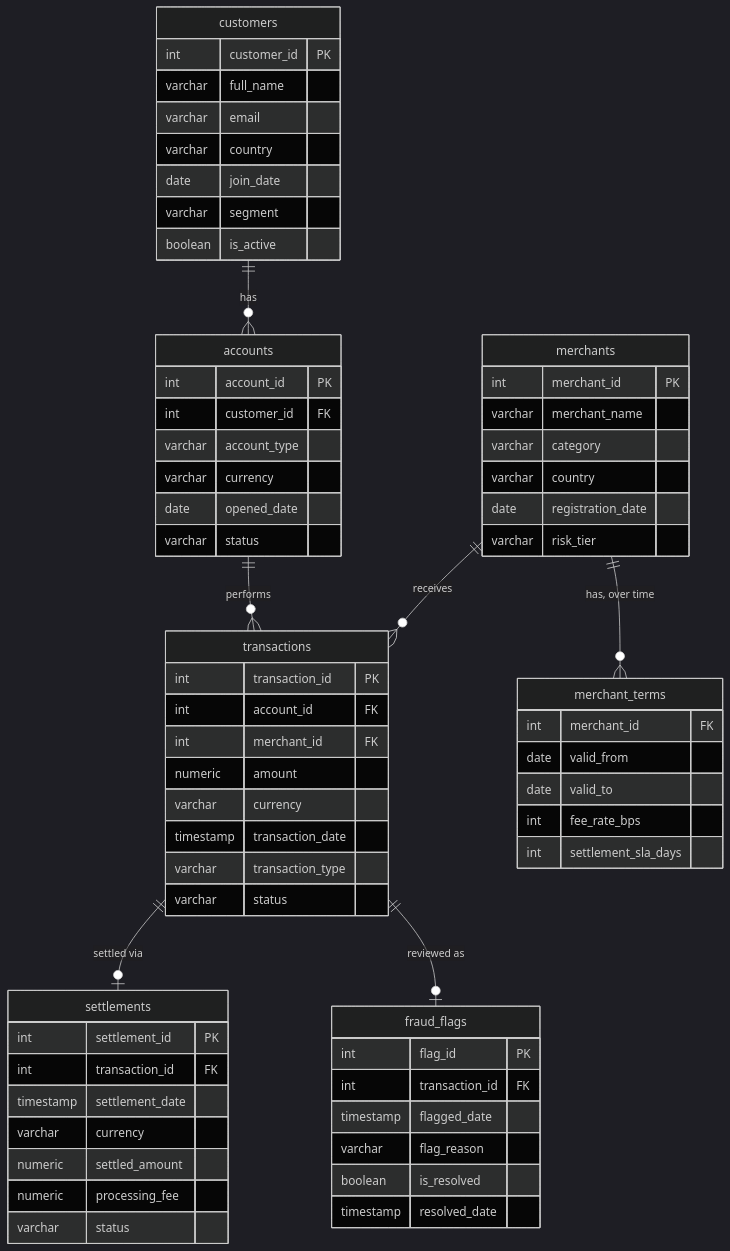
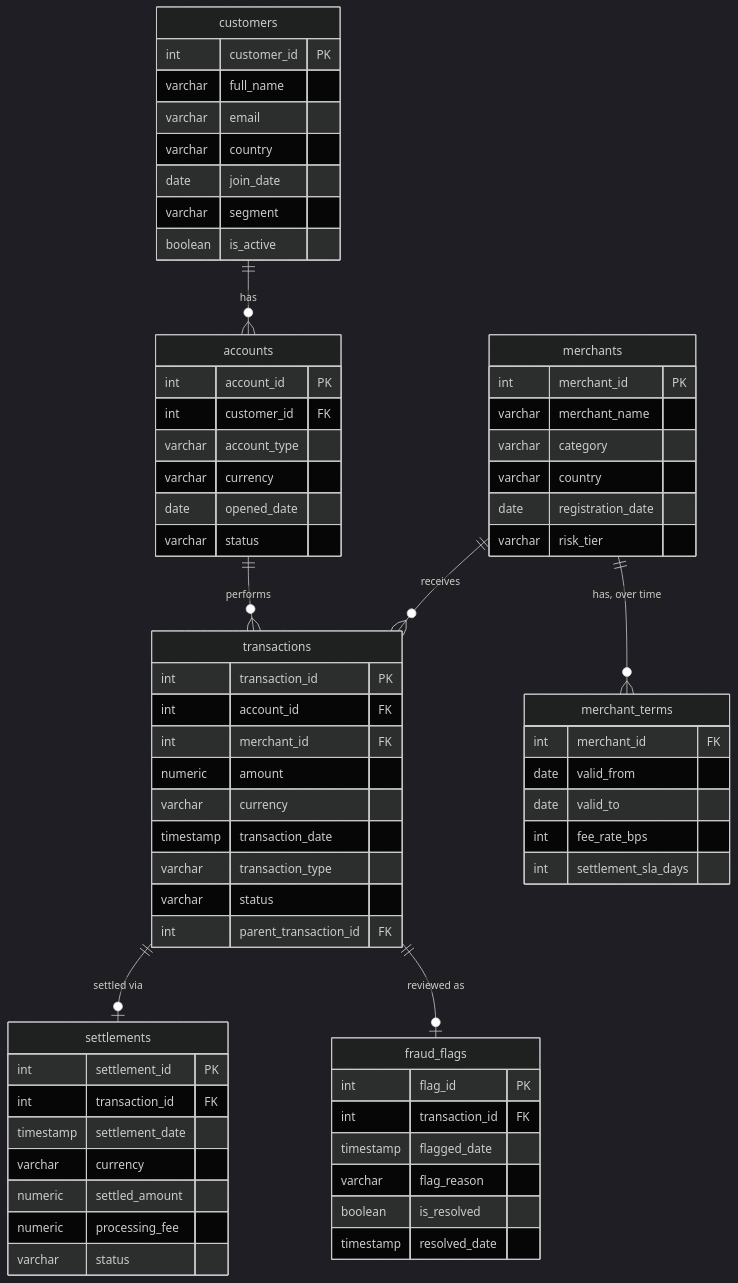
The diagram in README.md (abinashprasana/payments-analytics), drawn with Mermaid (dark theme) before and after one commit. The commit also changed other lines of this file and 20 other files, not shown here.

````diff
--- a/README.md
+++ b/README.md
@@ -178,75 +180,76 @@
 ```mermaid
 erDiagram
     customers ||--o{ accounts : "has"
     accounts ||--o{ transactions : "performs"
     merchants ||--o{ transactions : "receives"
     merchants ||--o{ merchant_terms : "has, over time"
     transactions ||--o| settlements : "settled via"
     transactions ||--o| fraud_flags : "reviewed as"
 
     customers {
         int customer_id PK
         varchar full_name
         varchar email
         varchar country
         date join_date
         varchar segment
         boolean is_active
     }
 
     accounts {
         int account_id PK
         int customer_id FK
         varchar account_type
         varchar currency
         date opened_date
         varchar status
     }
 
     merchants {
         int merchant_id PK
         varchar merchant_name
         varchar category
         varchar country
         date registration_date
         varchar risk_tier
     }
 
     merchant_terms {
         int merchant_id FK
         date valid_from
         date valid_to
         int fee_rate_bps
         int settlement_sla_days
     }
 
     transactions {
         int transaction_id PK
         int account_id FK
         int merchant_id FK
         numeric amount
         varchar currency
         timestamp transaction_date
         varchar transaction_type
         varchar status
+        int parent_transaction_id FK
     }
 
     settlements {
         int settlement_id PK
         int transaction_id FK
         timestamp settlement_date
         varchar currency
         numeric settled_amount
         numeric processing_fee
         varchar status
     }
 
     fraud_flags {
         int flag_id PK
         int transaction_id FK
         timestamp flagged_date
         varchar flag_reason
         boolean is_resolved
         timestamp resolved_date
     }
 ```
````
